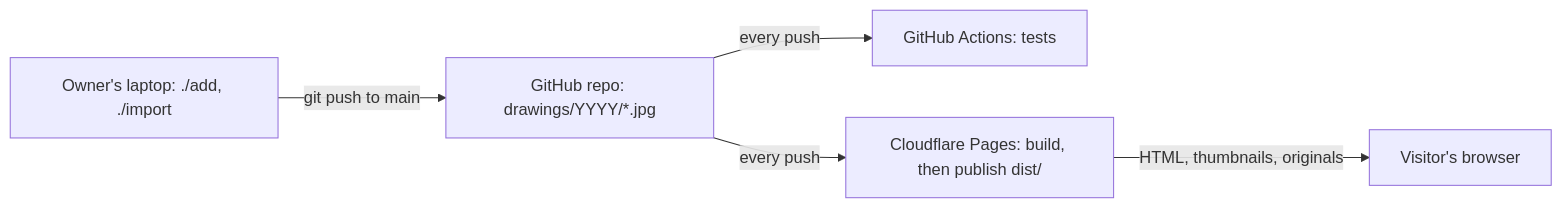
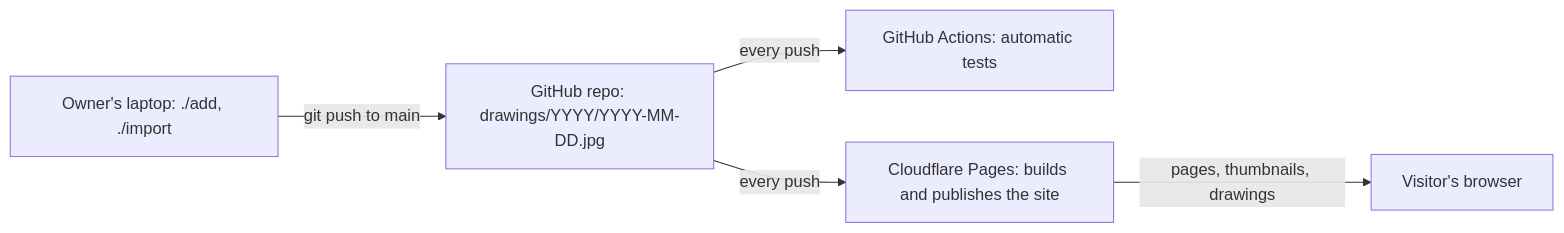
The diagram in docs/TDD.md (hornof/sketch-gallery), drawn with Mermaid before and after one commit. The commit also changed other lines of this file and 2 other files, not shown here.

````diff
--- a/docs/TDD.md
+++ b/docs/TDD.md
@@ -37,7 +43,7 @@
 ```mermaid
 flowchart LR
-  laptop["Owner's laptop: ./add, ./import"] -- "git push to main" --> repo["GitHub repo: drawings/YYYY/*.jpg"]
-  repo -- "every push" --> ci["GitHub Actions: tests"]
-  repo -- "every push" --> pages["Cloudflare Pages: build, then publish dist/"]
-  pages -- "HTML, thumbnails, originals" --> browser["Visitor's browser"]
+  laptop["Owner's laptop: ./add, ./import"] -- "git push to main" --> repo["GitHub repo: drawings/YYYY/YYYY-MM-DD.jpg"]
+  repo -- "every push" --> ci["GitHub Actions: automatic tests"]
+  repo -- "every push" --> pages["Cloudflare Pages: builds and publishes the site"]
+  pages -- "pages, thumbnails, drawings" --> browser["Visitor's browser"]
 ```
````
